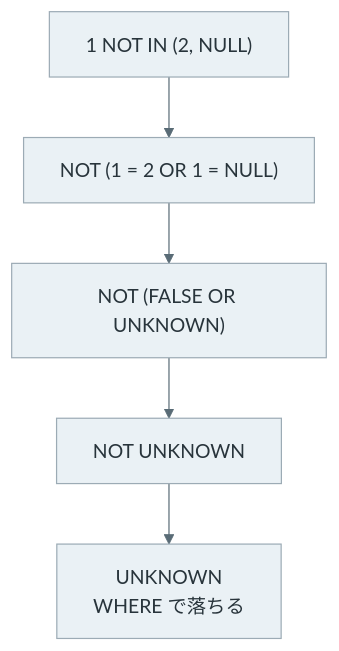
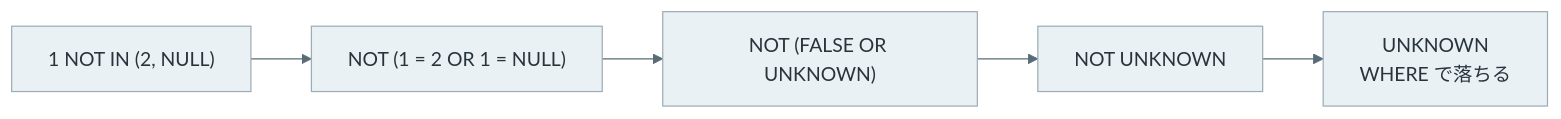
Before and after one commit to nao1215/debimate: the first of 2 diagrams in content/notes/database-systems/sql-null/index.md, drawn with Mermaid. The commit also changed other lines of this file and 19 other files, not shown here.

````diff
--- a/content/notes/database-systems/sql-null/index.md
+++ b/content/notes/database-systems/sql-null/index.md
@@ -154,9 +156,9 @@
 ```mermaid
 %%{init: {"theme":"base","themeVariables":{"primaryColor":"#eaf1f5","primaryTextColor":"#28343b","primaryBorderColor":"#9cabb5","lineColor":"#596b76","textColor":"#28343b","actorBkg":"#eaf1f5","actorBorder":"#9cabb5","actorTextColor":"#28343b","actorLineColor":"#9cabb5","signalColor":"#596b76","signalTextColor":"#28343b","noteBkgColor":"#f7f1e5","noteBorderColor":"#c5b99b","noteTextColor":"#403c32","activationBkgColor":"#edf3ef","activationBorderColor":"#9aafa1"}}}%%
-flowchart TB
+flowchart LR
     A["1 NOT IN (2, NULL)"] --> B["NOT (1 = 2 OR 1 = NULL)"]
     B --> C["NOT (FALSE OR UNKNOWN)"]
     C --> D["NOT UNKNOWN"]
     D --> E["UNKNOWN<br/>WHERE で落ちる"]
     classDef default fill:#eaf1f5,stroke:#9cabb5,color:#28343b;
 ```
````
